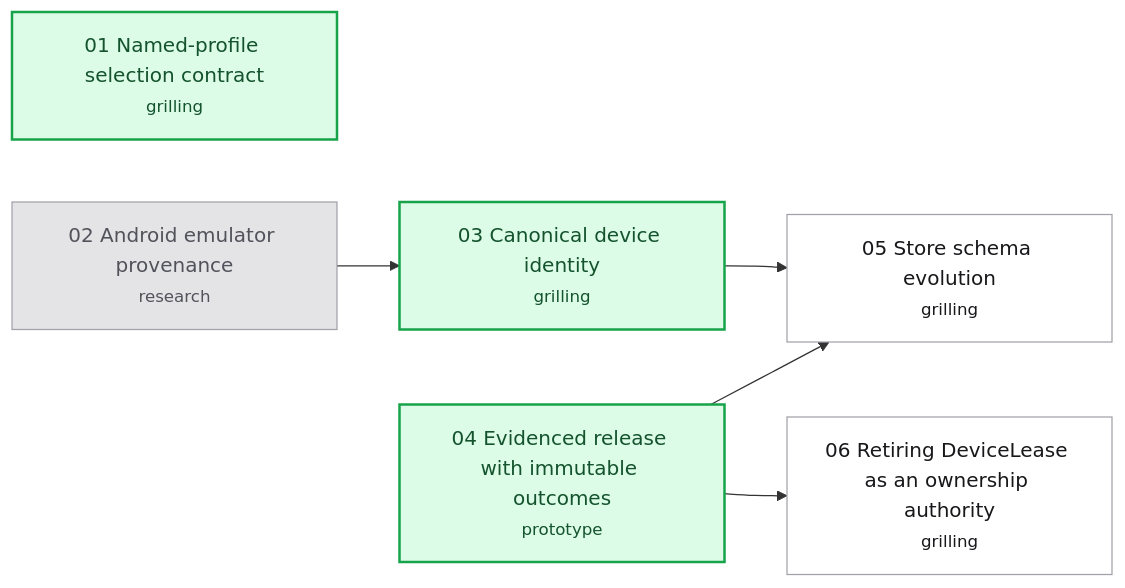
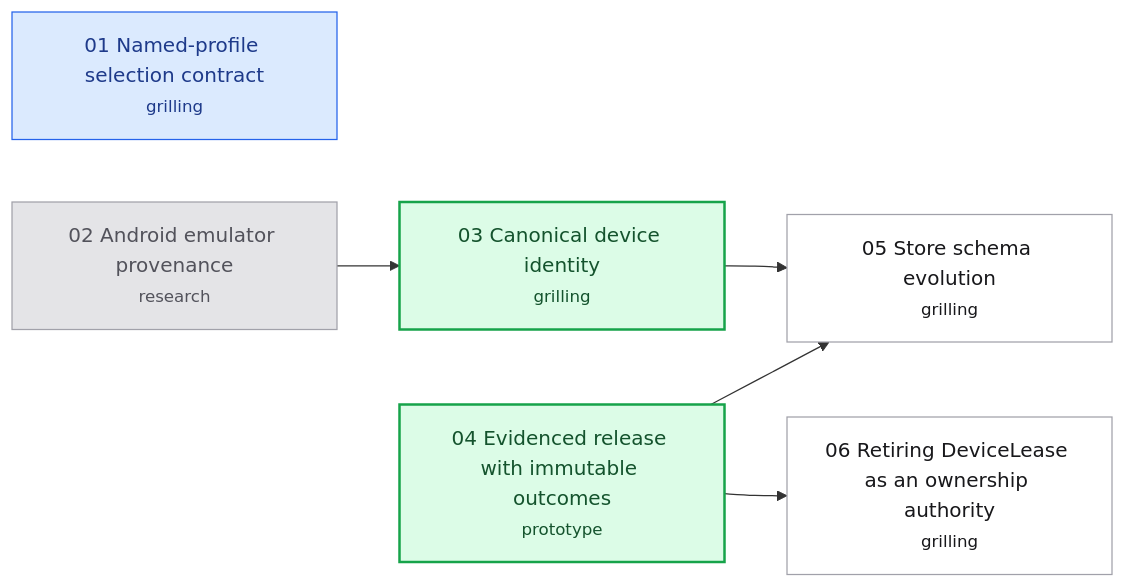
Before and after one commit to hugues-vnsgn/jev-ios-bridge: the diagram in .scratch/appium-phase2/map.md, drawn with Mermaid. The commit also changed 1 other file, not shown here.

Commit message:
Claim Named-profile selection contract

````diff
--- a/.scratch/appium-phase2/map.md
+++ b/.scratch/appium-phase2/map.md
@@ -37,20 +37,21 @@
 ```mermaid
 flowchart LR
     T01["01 Named-profile selection contract<br/><small>grilling</small>"]
     T02["02 Android emulator provenance<br/><small>research</small>"]
     T03["03 Canonical device identity<br/><small>grilling</small>"]
     T04["04 Evidenced release with immutable outcomes<br/><small>prototype</small>"]
     T05["05 Store schema evolution<br/><small>grilling</small>"]
     T06["06 Retiring DeviceLease as an ownership authority<br/><small>grilling</small>"]
     T02 --> T03
     T03 --> T05
     T04 --> T05
     T04 --> T06
     classDef resolved fill:#e4e4e7,stroke:#a1a1aa,color:#52525b
     classDef claimed fill:#dbeafe,stroke:#2563eb,color:#1e3a8a
     classDef frontier fill:#dcfce7,stroke:#16a34a,color:#14532d,stroke-width:2px
     classDef blocked fill:#ffffff,stroke:#a1a1aa,color:#18181b
     class T02 resolved
-    class T01,T03,T04 frontier
+    class T01 claimed
+    class T03,T04 frontier
     class T05,T06 blocked
 ```
````
